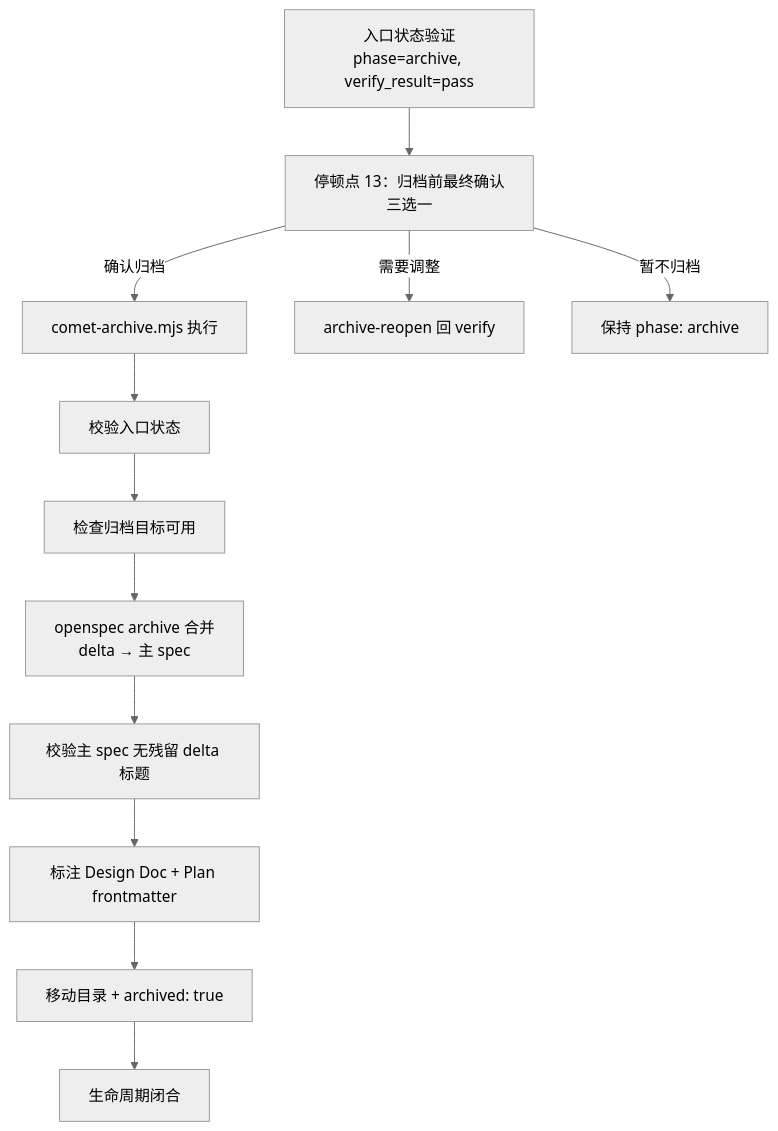
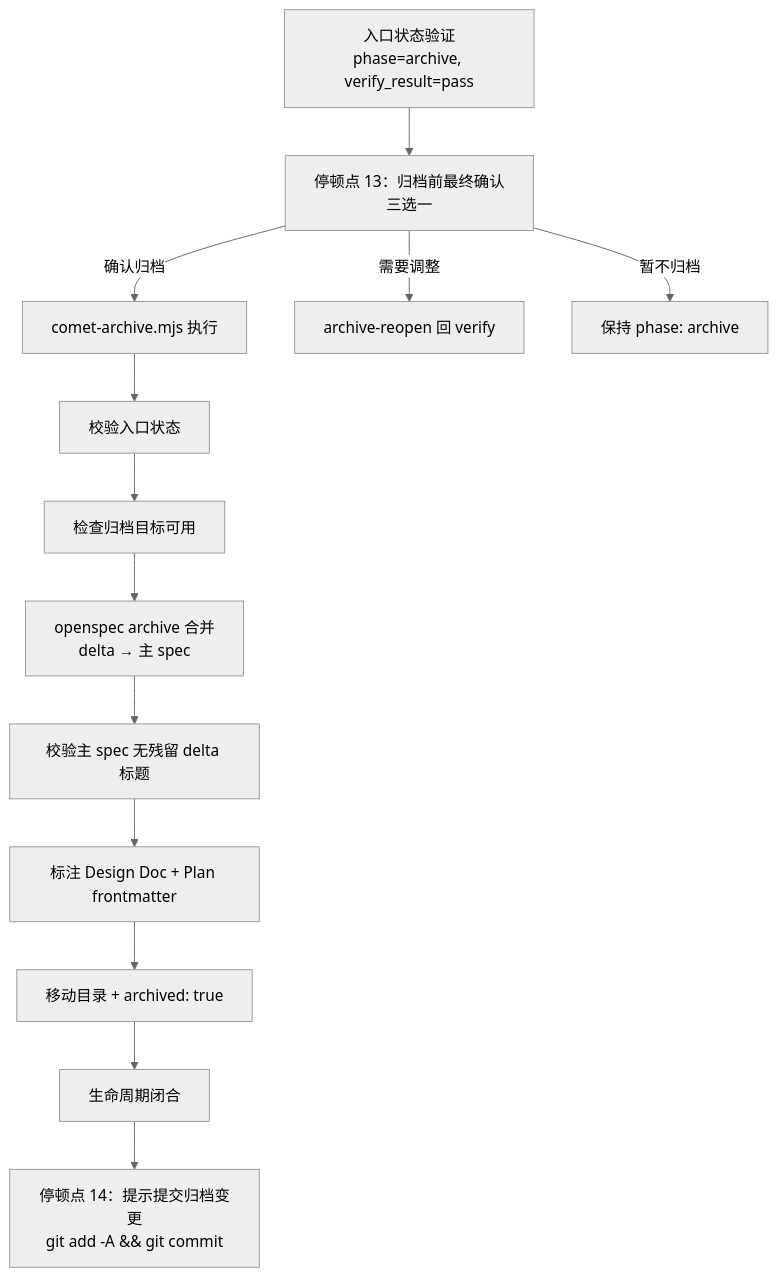
One commit to rpamis/comet-website-docs changed the diagram in zh/phases/archive.mdx. Above: the diagram before and after it, drawn with Mermaid (neutral theme). The commit also changed other lines of this file and 10 other files, not shown here.

````diff
--- a/zh/phases/archive.mdx
+++ b/zh/phases/archive.mdx
@@ -35,14 +35,15 @@
 ```mermaid
 flowchart TD
     Entry["入口状态验证<br/>phase=archive, verify_result=pass"] --> Stop1["停顿点 13：归档前最终确认<br/>三选一"]
     Stop1 -->|确认归档| Run["comet-archive.mjs 执行"]
     Stop1 -->|需要调整| Reopen["archive-reopen 回 verify"]
     Stop1 -->|暂不归档| Keep["保持 phase: archive"]
     Run --> S1["校验入口状态"]
     S1 --> S2["检查归档目标可用"]
     S2 --> S3["openspec archive 合并<br/>delta → 主 spec"]
     S3 --> S4["校验主 spec 无残留 delta 标题"]
     S4 --> S5["标注 Design Doc + Plan frontmatter"]
     S5 --> S6["移动目录 + archived: true"]
     S6 --> Done["生命周期闭合"]
+    Done --> Commit["停顿点 14：提示提交归档变更<br/>git add -A && git commit"]
 ```
````
